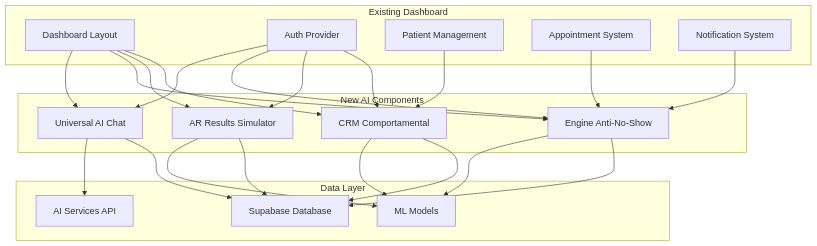
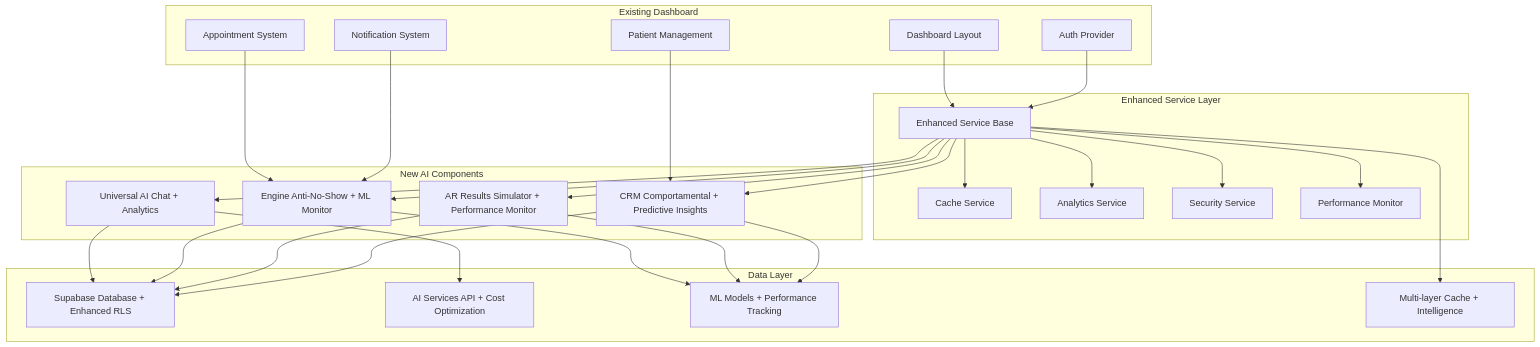
One commit to GrupoUS/neonpro changed the diagram in docs/brownfield-architecture-neonpro.md. Above: the diagram before and after it, drawn with Mermaid. The commit also changed other lines of this file and 21 other files, not shown here.

````diff
--- a/docs/brownfield-architecture-neonpro.md
+++ b/docs/brownfield-architecture-neonpro.md
@@ -241,47 +328,59 @@
 ```mermaid
 graph TB
     subgraph "Existing Dashboard"
         Dashboard[Dashboard Layout]
         Auth[Auth Provider]
         Patients[Patient Management]
         Appointments[Appointment System]
         Notifications[Notification System]
     end
     
+    subgraph "Enhanced Service Layer"
+        ServiceBase[Enhanced Service Base]
+        CacheService[Cache Service]
+        Analytics[Analytics Service]
+        Security[Security Service]
+        Performance[Performance Monitor]
+    end
+    
     subgraph "New AI Components"
-        AIChat[Universal AI Chat]
-        AntiNoShow[Engine Anti-No-Show]
-        ARSim[AR Results Simulator]
-        CRM[CRM Comportamental]
+        AIChat[Universal AI Chat + Analytics]
+        AntiNoShow[Engine Anti-No-Show + ML Monitor]
+        ARSim[AR Results Simulator + Performance Monitor]
+        CRM[CRM Comportamental + Predictive Insights]
     end
     
     subgraph "Data Layer"
-        Supabase[Supabase Database]
-        AI_API[AI Services API]
-        ML_Models[ML Models]
+        Supabase[Supabase Database + Enhanced RLS]
+        AI_API[AI Services API + Cost Optimization]
+        ML_Models[ML Models + Performance Tracking]
+        Cache[Multi-layer Cache + Intelligence]
     end
     
-    Dashboard --> AIChat
-    Dashboard --> AntiNoShow
-    Dashboard --> ARSim
-    Dashboard --> CRM
+    Dashboard --> ServiceBase
+    ServiceBase --> CacheService
+    ServiceBase --> Analytics
+    ServiceBase --> Security
+    ServiceBase --> Performance
     
-    Auth --> AIChat
-    Auth --> AntiNoShow
-    Auth --> ARSim
-    Auth --> CRM
+    ServiceBase --> AIChat
+    ServiceBase --> AntiNoShow
+    ServiceBase --> ARSim
+    ServiceBase --> CRM
     
+    Auth --> ServiceBase
     Patients --> CRM
     Appointments --> AntiNoShow
     Notifications --> AntiNoShow
     
     AIChat --> AI_API
     AntiNoShow --> ML_Models
     ARSim --> ML_Models
     CRM --> ML_Models
     
+    ServiceBase --> Cache
     AIChat --> Supabase
     AntiNoShow --> Supabase
     ARSim --> Supabase
     CRM --> Supabase
 ```
````
